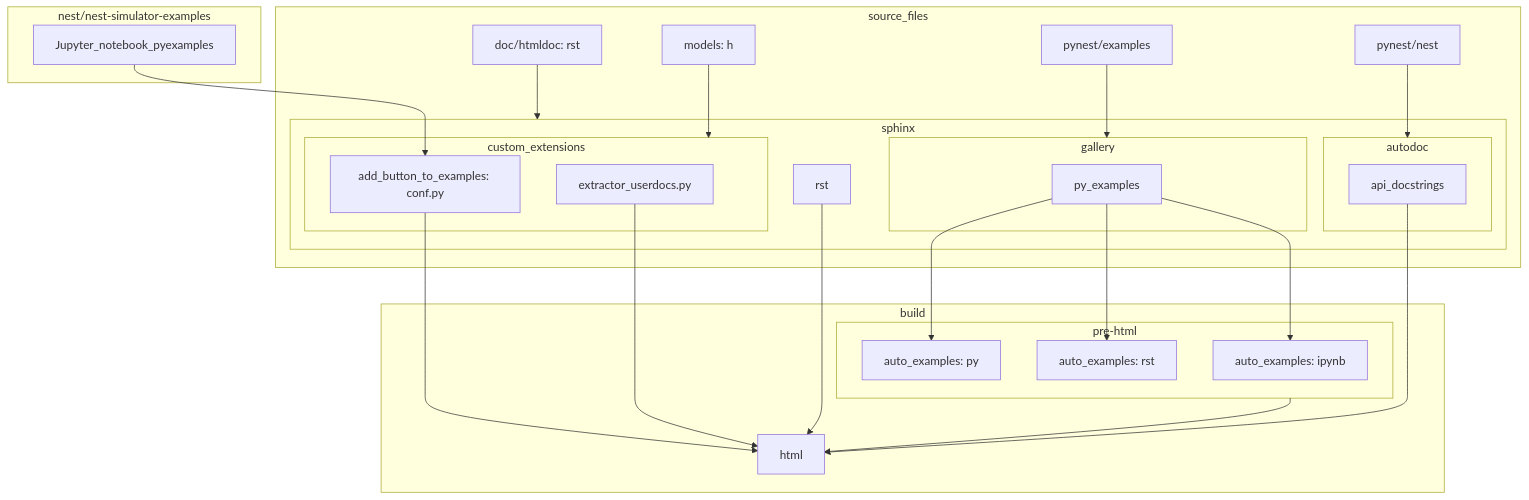
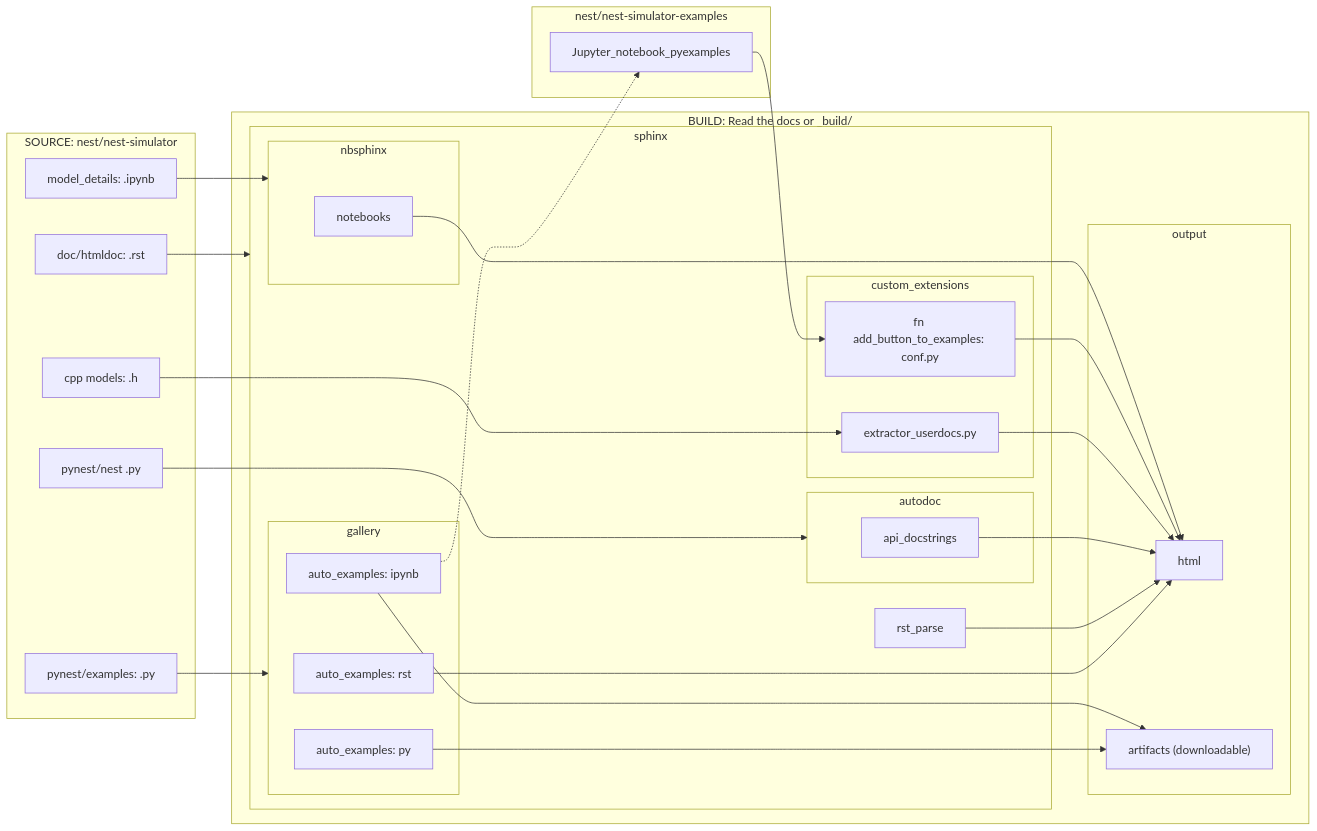
The diagram in doc/htmldoc/developer_space/workflows/documentation_workflow/user_documentation_workflow.rst (nest/nest-simulator), drawn with Mermaid before and after one commit. The commit also changed other lines of this file and 1 other file, not shown here.

Commit message:
modify graph and update css

```diff
--- a/doc/htmldoc/developer_space/workflows/documentation_workflow/user_documentation_workflow.rst
+++ b/doc/htmldoc/developer_space/workflows/documentation_workflow/user_documentation_workflow.rst
@@ -26,37 +28,45 @@
 .. mermaid::
    :zoom:
+   :caption: Overview of documentation build. Drag and zoom to explore.
 
-   flowchart TB
-    subgraph build
-     html
-     pre-html-->html
-     subgraph pre-html
-      ai["auto_examples: ipynb"]
-      ar["auto_examples: rst"]
-      ap["auto_examples: py"]
-     end
-    end
-    subgraph sphinx
-     rst-->html
-     subgraph autodoc
-      api_docstrings-->html
-     end
-     subgraph gallery
-      py_examples-->ai
-      py_examples-->ar
-      py_examples-->ap
-     end
-     subgraph custom_extensions
-      extractor_userdocs.py-->html
-      button["add_button_to_examples: conf.py"]-->html
-     end
-    end
-    subgraph source_files
-     docs["doc/htmldoc: rst"]-->sphinx
-     models["models: h"]-->custom_extensions
-     py["pynest/examples"]-->gallery
-     api["pynest/nest"]-->autodoc
-    end
-    subgraph nest/nest-simulator-examples
-     Jupyter_notebook_pyexamples-->button
-    end
+   flowchart LR
+
+      subgraph BUILD: Read the docs or _build/
+        subgraph output
+         html
+         arti
+        end
+        ar-->html
+        ap-->arti["artifacts (downloadable)"]
+        ai-->arti
+        subgraph sphinx
+         rst_parse-->html
+          subgraph autodoc
+           api_docstrings-->html
+          end
+         subgraph gallery
+          ai["auto_examples: ipynb"]
+          ar["auto_examples: rst"]
+          ap["auto_examples: py"]
+         end
+         subgraph custom_extensions
+          extractor_userdocs.py-->html
+          button["fn add_button_to_examples: conf.py"]-->html
+         end
+         subgraph nbsphinx
+          notebooks --> html
+         end
+        end
+      end
+
+      subgraph SOURCE: nest/nest-simulator
+       docs["doc/htmldoc: .rst"]-->sphinx
+       models["cpp models: .h"]-->extractor_userdocs.py
+       py["pynest/examples: .py"]-->gallery
+       api["pynest/nest .py"]-->autodoc
+       ipynb["model_details: .ipynb"]-->nbsphinx
+      end
+      subgraph nest/nest-simulator-examples
+       Jupyter_notebook_pyexamples-->button
+       ai -..-> Jupyter_notebook_pyexamples
+      end
```
